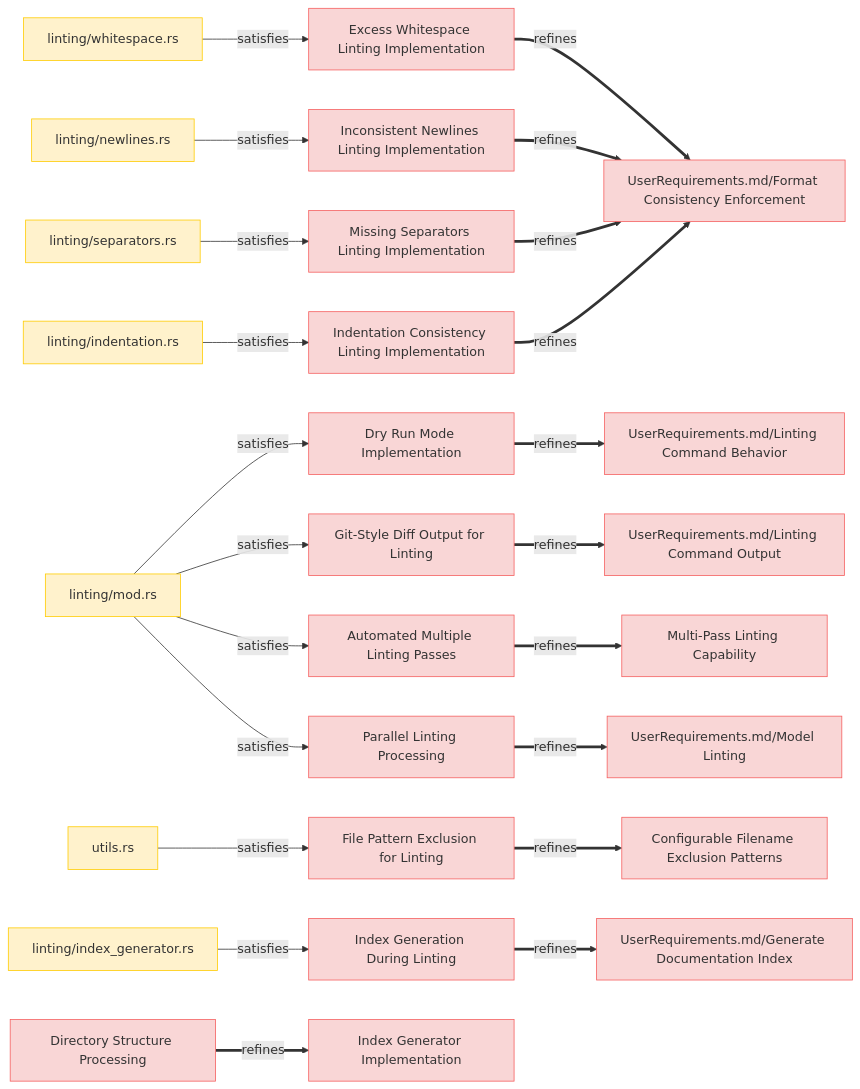
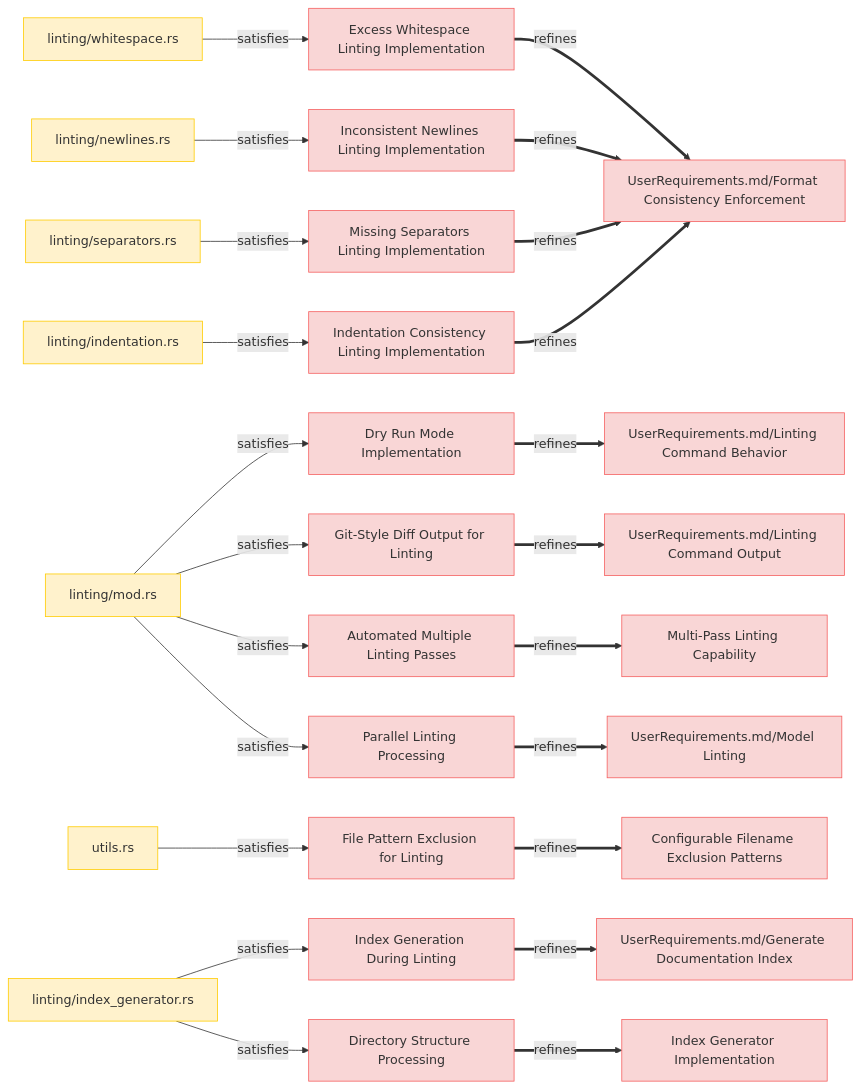
Before and after one commit to reqvire-org/reqvire: the first of 9 diagrams in specifications/SystemRequirements/Requirements.md, drawn with Mermaid. The commit also changed other lines of this file and 12 other files, not shown here.

````diff
--- a/specifications/SystemRequirements/Requirements.md
+++ b/specifications/SystemRequirements/Requirements.md
@@ -111,4 +111,5 @@
     _Index_Generator_Implementation___index_generator_implementation_["Index Generator Implementation"];
     click _Index_Generator_Implementation___index_generator_implementation_ "#index-generator-implementation";
     class _Index_Generator_Implementation___index_generator_implementation_ requirement;
+    _linting_index_generator_rs__https___github_com_reqflow_reqflow_src_linting_index_generator_rs_ -->|satisfies| Directory_Structure_Processing;
 ```
````
